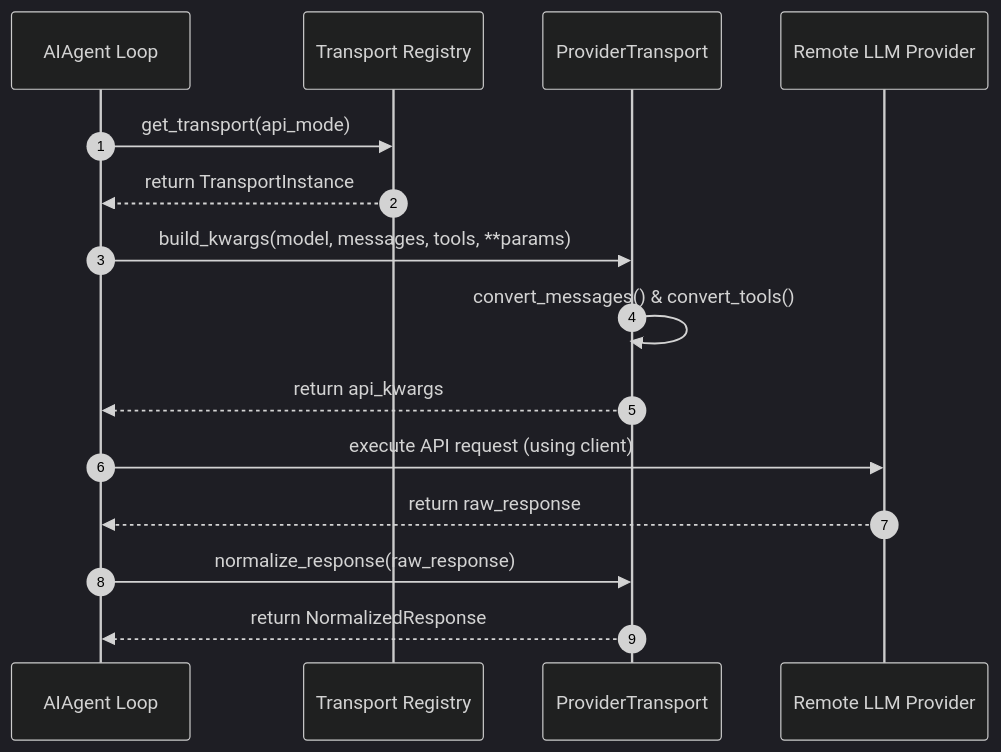
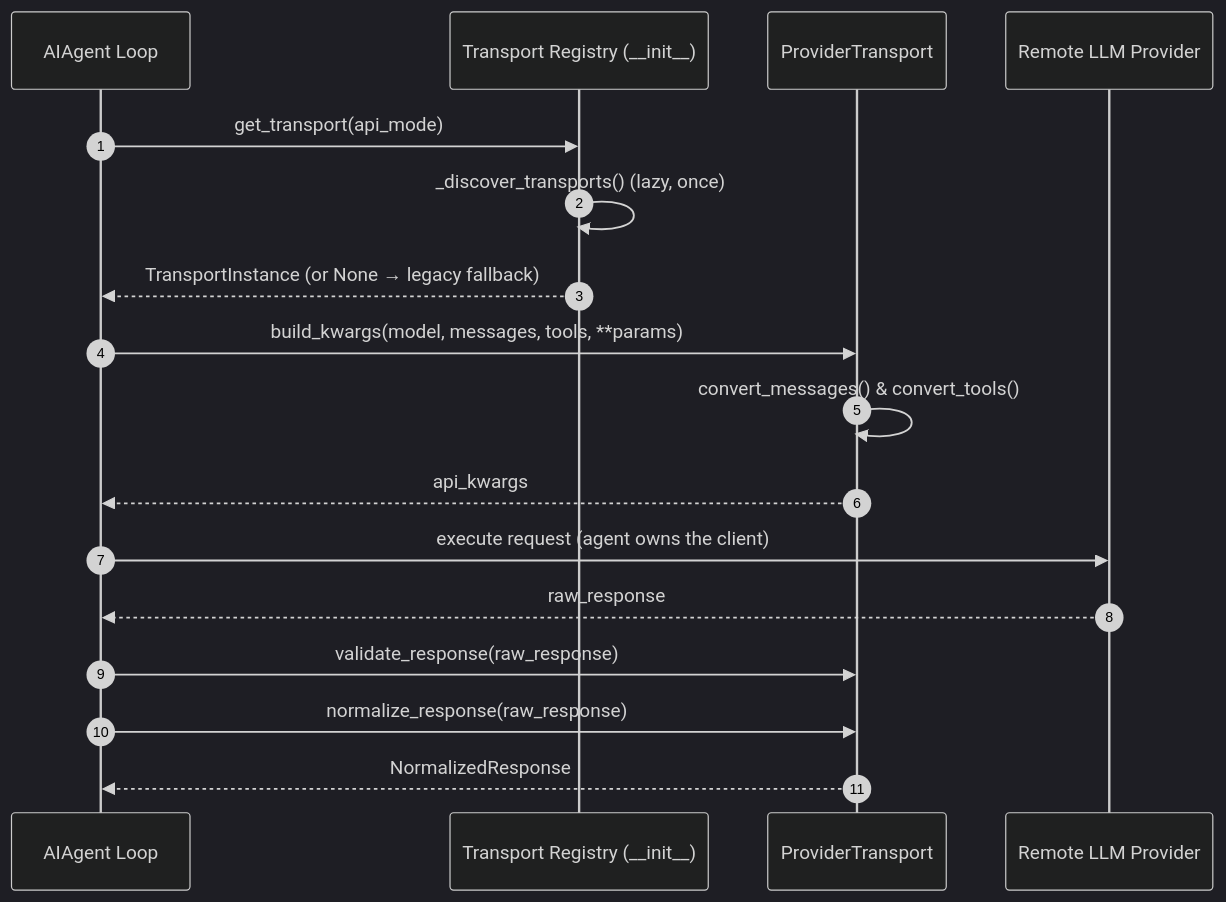
Before and after one commit to samlin-ai/hermes-agent: the first of 2 diagrams in agent/transports/DESIGN.md, drawn with Mermaid (dark theme). The commit also changed other lines of this file and 7 other files, not shown here.

````diff
--- a/agent/transports/DESIGN.md
+++ b/agent/transports/DESIGN.md
@@ -24,18 +26,20 @@
 ```mermaid
 sequenceDiagram
     autonumber
     participant Agent as AIAgent Loop
-    participant Reg as Transport Registry
+    participant Reg as Transport Registry (__init__)
     participant Trans as ProviderTransport
     participant Provider as Remote LLM Provider
 
     Agent->>Reg: get_transport(api_mode)
-    Reg-->>Agent: return TransportInstance
+    Reg->>Reg: _discover_transports() (lazy, once)
+    Reg-->>Agent: TransportInstance (or None → legacy fallback)
     Agent->>Trans: build_kwargs(model, messages, tools, **params)
     Trans->>Trans: convert_messages() & convert_tools()
-    Trans-->>Agent: return api_kwargs
-    Agent->>Provider: execute API request (using client)
-    Provider-->>Agent: return raw_response
+    Trans-->>Agent: api_kwargs
+    Agent->>Provider: execute request (agent owns the client)
+    Provider-->>Agent: raw_response
+    Agent->>Trans: validate_response(raw_response)
     Agent->>Trans: normalize_response(raw_response)
-    Trans-->>Agent: return NormalizedResponse
+    Trans-->>Agent: NormalizedResponse
 ```
````
